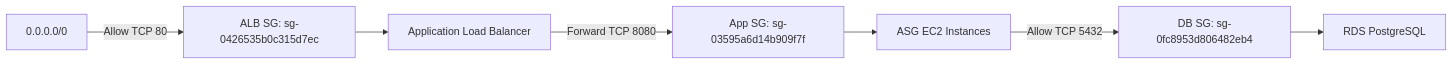
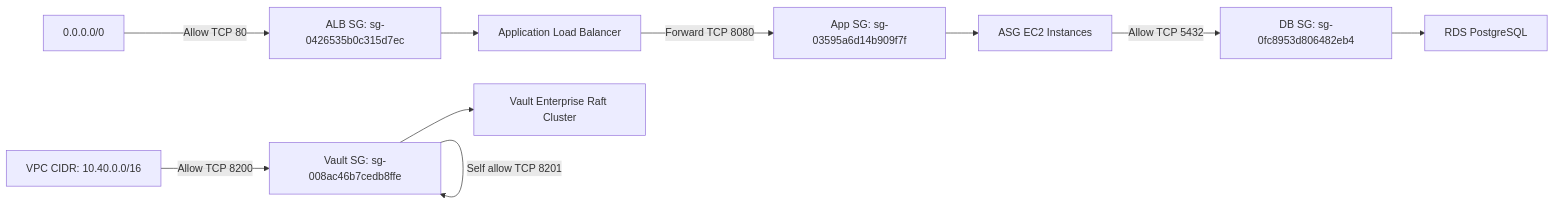
The third of 4 diagrams in docs/architecture.md (Byeongwook-Heo/Hashicorp-), drawn with Mermaid before and after one commit. The commit also changed other lines of this file and 8 other files, not shown here.

Commit message:
Add Vault Enterprise raft cluster

````diff
--- a/docs/architecture.md
+++ b/docs/architecture.md
@@ -77,17 +93,23 @@
 ```mermaid
 flowchart LR
   INTERNET["0.0.0.0/0"]
   ALBSG["ALB SG: sg-0426535b0c315d7ec"]
   APPSG["App SG: sg-03595a6d14b909f7f"]
   DBSG["DB SG: sg-0fc8953d806482eb4"]
+  VAULTSG["Vault SG: sg-008ac46b7cedb8ffe"]
+  VPC["VPC CIDR: 10.40.0.0/16"]
   ALB["Application Load Balancer"]
   APP["ASG EC2 Instances"]
   DB["RDS PostgreSQL"]
+  VAULT["Vault Enterprise Raft Cluster"]
 
   INTERNET -->|"Allow TCP 80"| ALBSG
   ALBSG --> ALB
   ALB -->|"Forward TCP 8080"| APPSG
   APPSG --> APP
   APP -->|"Allow TCP 5432"| DBSG
   DBSG --> DB
+  VPC -->|"Allow TCP 8200"| VAULTSG
+  VAULTSG --> VAULT
+  VAULTSG -->|"Self allow TCP 8201"| VAULTSG
 ```
````
